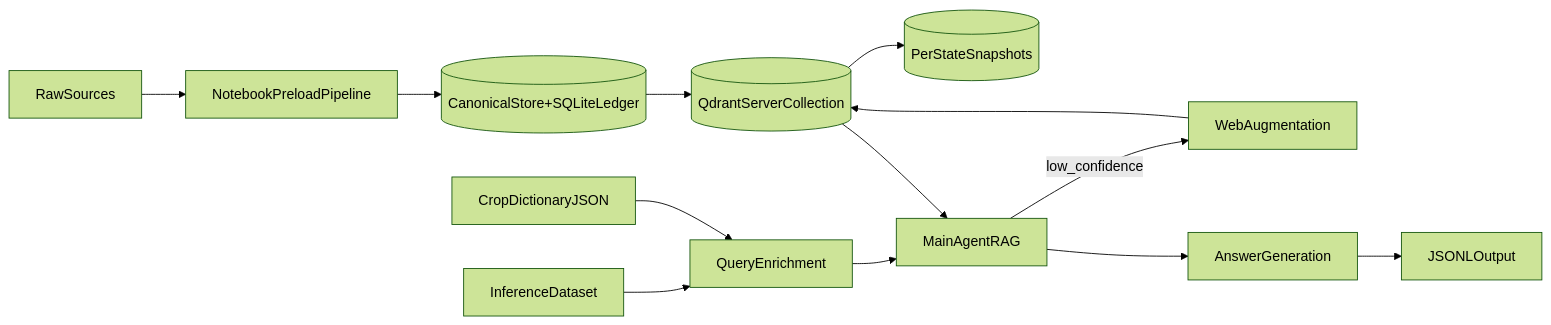
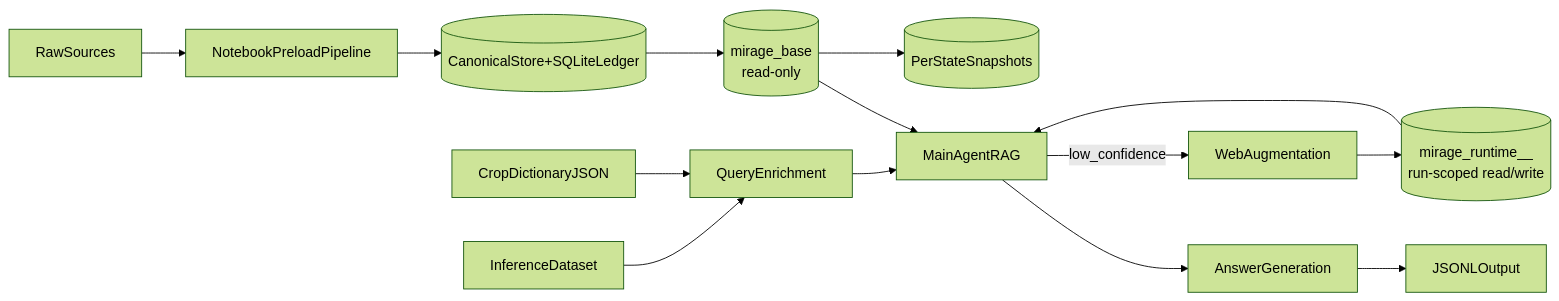
Before and after one commit to shashanksp04/MIRAGE-RAG: the first of 2 diagrams in README.MD, drawn with Mermaid (forest theme). The commit also changed other lines of this file and 1 other file, not shown here.

Commit message:
docs: update base and runtime collection architecture

````diff
--- a/README.MD
+++ b/README.MD
@@ -15,28 +15,30 @@
 ```mermaid
 flowchart LR
   rawSources[RawSources]
   preload[NotebookPreloadPipeline]
   canonical[(CanonicalStore+SQLiteLedger)]
-  qdrant[(QdrantServerCollection)]
+  base[(mirage_base<br/>read-only)]
+  runtime[(mirage_runtime_<ABLATION_ID>_<timestamp><br/>run-scoped read/write)]
   snap[(PerStateSnapshots)]
   cropDict[CropDictionaryJSON]
   dataset[InferenceDataset]
   enrich[QueryEnrichment]
   rag[MainAgentRAG]
   webAug[WebAugmentation]
   gen[AnswerGeneration]
   out[JSONLOutput]
 
   rawSources --> preload
   preload --> canonical
-  canonical --> qdrant
-  qdrant --> snap
+  canonical --> base
+  base --> snap
   dataset --> enrich
   cropDict --> enrich
   enrich --> rag
-  qdrant --> rag
+  base --> rag
+  runtime --> rag
   rag -->|"low_confidence"| webAug
-  webAug --> qdrant
+  webAug --> runtime
   rag --> gen
   gen --> out
 ```
````
